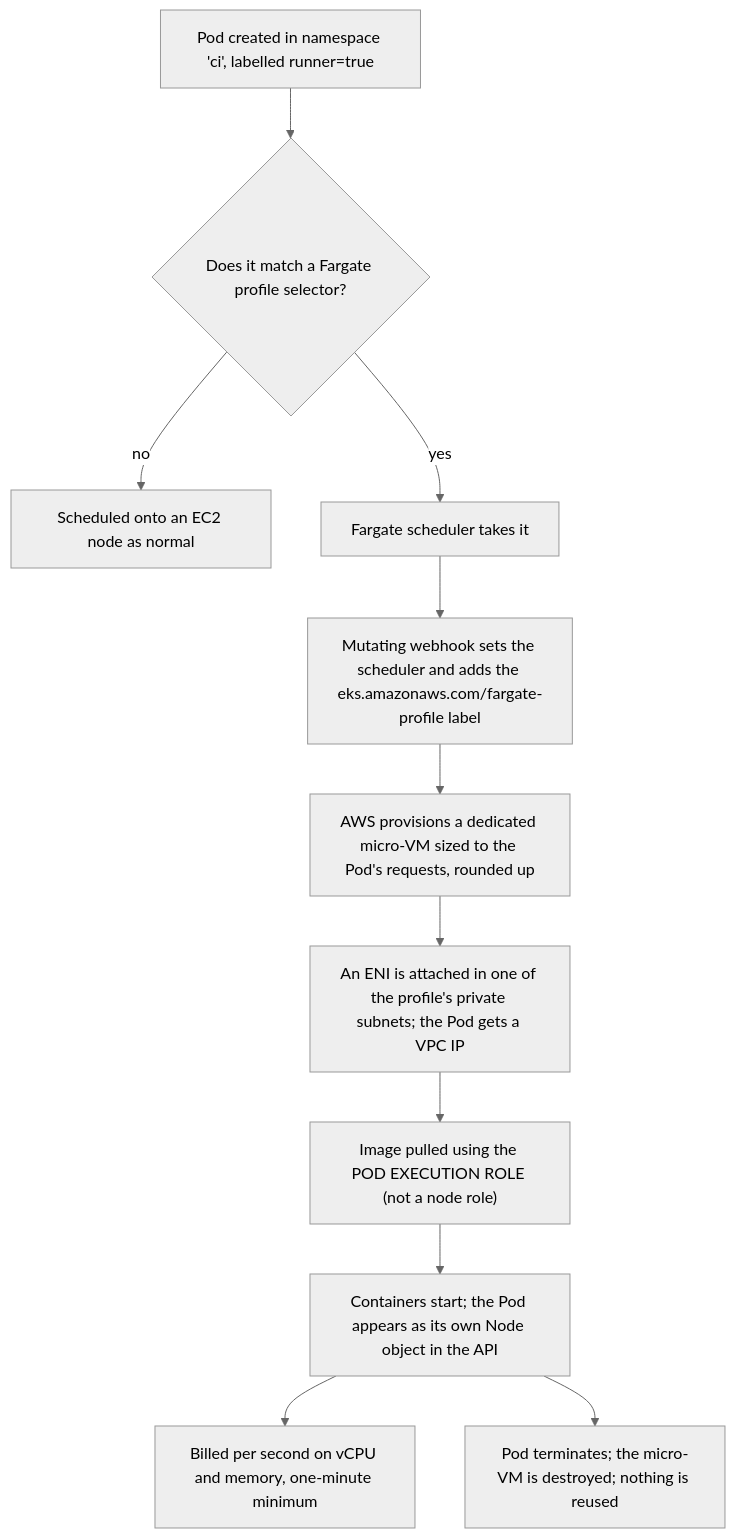
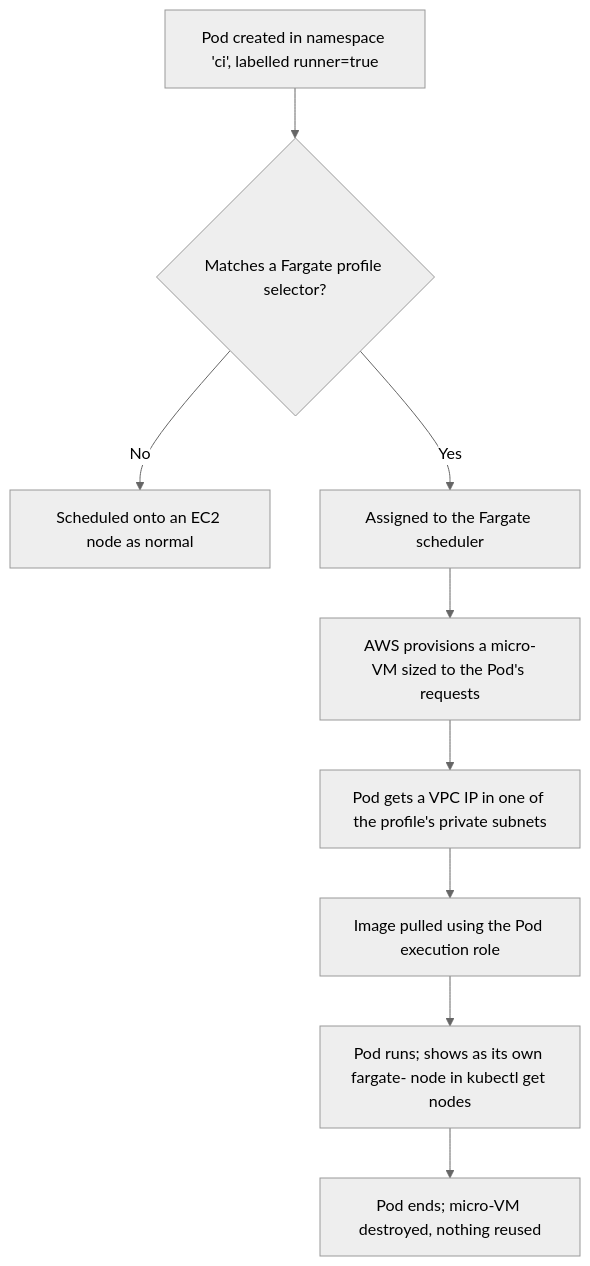
The second of 5 diagrams in docs/unit3/topic3.md (norbutlepcha25/dso303), drawn with Mermaid (neutral theme) before and after one commit. The commit also changed other lines of this file and 164 other files, not shown here.

````diff
--- a/docs/unit3/topic3.md
+++ b/docs/unit3/topic3.md
@@ -104,13 +101,11 @@
 ```mermaid
 flowchart TD
-    POD["Pod created in namespace 'ci', labelled runner=true"] --> SCHED{"Does it match a Fargate profile selector?"}
-    SCHED -->|"no"| NODE["Scheduled onto an EC2 node as normal"]
-    SCHED -->|"yes"| FSCHED["Fargate scheduler takes it"]
-    FSCHED --> MUT["Mutating webhook sets the scheduler and adds the eks.amazonaws.com/fargate-profile label"]
-    MUT --> PROV["AWS provisions a dedicated micro-VM sized to the Pod's requests, rounded up"]
-    PROV --> ENI["An ENI is attached in one of the profile's private subnets; the Pod gets a VPC IP"]
-    ENI --> PULL["Image pulled using the POD EXECUTION ROLE (not a node role)"]
-    PULL --> RUN["Containers start; the Pod appears as its own Node object in the API"]
-    RUN --> BILL["Billed per second on vCPU and memory, one-minute minimum"]
-    RUN --> DONE["Pod terminates; the micro-VM is destroyed; nothing is reused"]
+    POD["Pod created in namespace 'ci', labelled runner=true"] --> MATCH{"Matches a Fargate profile selector?"}
+    MATCH -->|"No"| NODE["Scheduled onto an EC2 node as normal"]
+    MATCH -->|"Yes"| FSCHED["Assigned to the Fargate scheduler"]
+    FSCHED --> PROV["AWS provisions a micro-VM sized to the Pod's requests"]
+    PROV --> ENI["Pod gets a VPC IP in one of the profile's private subnets"]
+    ENI --> PULL["Image pulled using the Pod execution role"]
+    PULL --> RUN["Pod runs; shows as its own fargate- node in kubectl get nodes"]
+    RUN --> DONE["Pod ends; micro-VM destroyed, nothing reused"]
 ```
````
